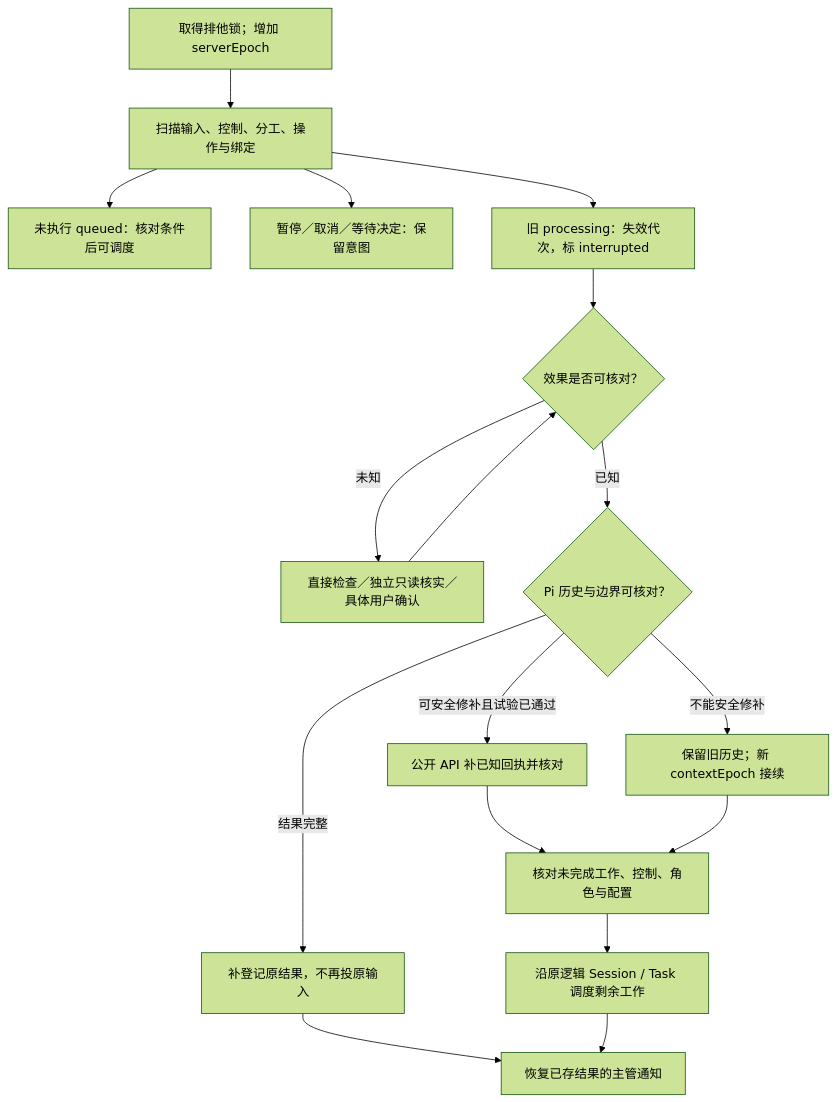
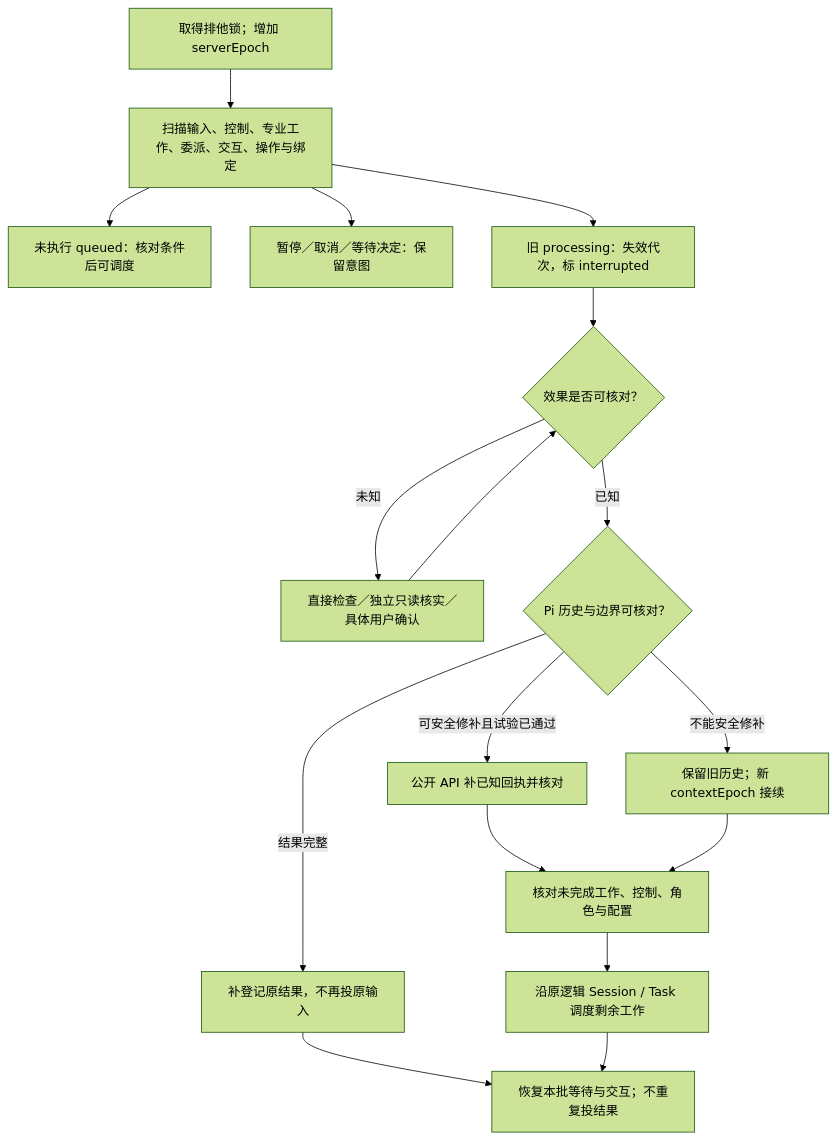
One commit to mojiaicrypto-ops/Kaiming changed the diagram in docs/technicalnew/storage-and-recovery.md. Above: the diagram before and after it, drawn with Mermaid (forest theme). The commit also changed other lines of this file and 26 other files, not shown here.

````diff
--- a/docs/technicalnew/storage-and-recovery.md
+++ b/docs/technicalnew/storage-and-recovery.md
@@ -206,19 +197,19 @@
 ```mermaid
 flowchart TD
-  BOOT[取得排他锁；增加 serverEpoch] --> SCAN[扫描输入、控制、分工、操作与绑定]
+  BOOT[取得排他锁；增加 serverEpoch] --> SCAN[扫描输入、控制、专业工作、委派、交互、操作与绑定]
   SCAN --> QUEUED[未执行 queued：核对条件后可调度]
   SCAN --> CONTROL[暂停／取消／等待决定：保留意图]
   SCAN --> INTERRUPT[旧 processing：失效代次，标 interrupted]
   INTERRUPT --> EFFECT{效果是否可核对？}
   EFFECT -->|未知| HOLD[直接检查／独立只读核实／具体用户确认]
   HOLD --> EFFECT
   EFFECT -->|已知| HISTORY{Pi 历史与边界可核对？}
   HISTORY -->|结果完整| REGISTER[补登记原结果，不再投原输入]
   HISTORY -->|可安全修补且试验已通过| REPAIR[公开 API 补已知回执并核对]
   HISTORY -->|不能安全修补| HANDOFF[保留旧历史；新 contextEpoch 接续]
   REPAIR --> CHECK[核对未完成工作、控制、角色与配置]
   HANDOFF --> CHECK
   CHECK --> CONTINUE[沿原逻辑 Session / Task 调度剩余工作]
-  REGISTER --> NOTIFY[恢复已存结果的主管通知]
+  REGISTER --> NOTIFY[恢复本批等待与交互；不重复投结果]
   CONTINUE --> NOTIFY
 ```
````
